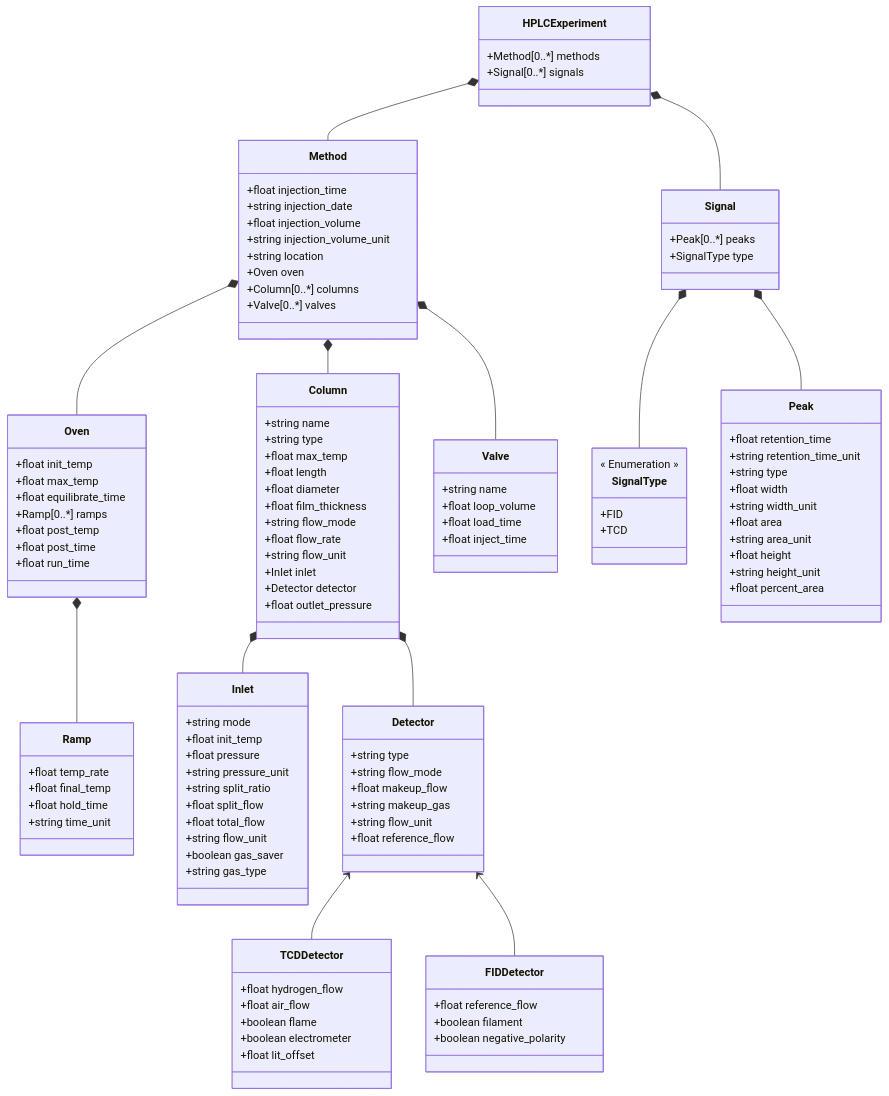
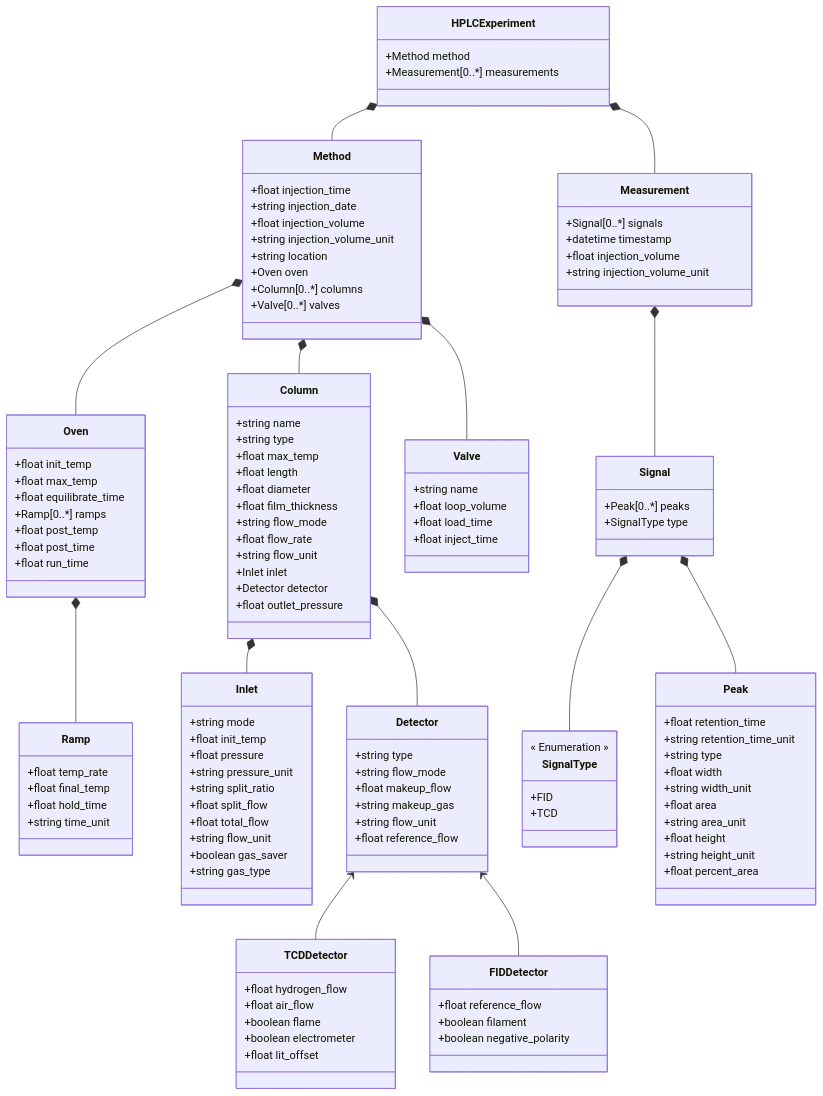
Before and after one commit to FAIRChemistry/chromatopy: the diagram in HPLC/schemes/hplc_schema.md, drawn with Mermaid. The commit also changed 9 other files, not shown here.

```diff
--- a/HPLC/schemes/hplc_schema.md
+++ b/HPLC/schemes/hplc_schema.md
@@ -3,19 +3,20 @@
     Detector <-- TCDDetector
     Detector <-- FIDDetector
     HPLCExperiment *-- Method
-    HPLCExperiment *-- Signal
+    HPLCExperiment *-- Measurement
     Method *-- Oven
     Method *-- Column
     Method *-- Valve
     Oven *-- Ramp
     Column *-- Inlet
     Column *-- Detector
+    Measurement *-- Signal
     Signal *-- SignalType
     Signal *-- Peak
     
     class HPLCExperiment {
-        +Method[0..*] methods
-        +Signal[0..*] signals
+        +Method method
+        +Measurement[0..*] measurements
     }
     
     class Method {
@@ -104,6 +105,13 @@
         +float inject_time
     }
     
+    class Measurement {
+        +Signal[0..*] signals
+        +datetime timestamp
+        +float injection_volume
+        +string injection_volume_unit
+    }
+    
     class Signal {
         +Peak[0..*] peaks
         +SignalType type
```
